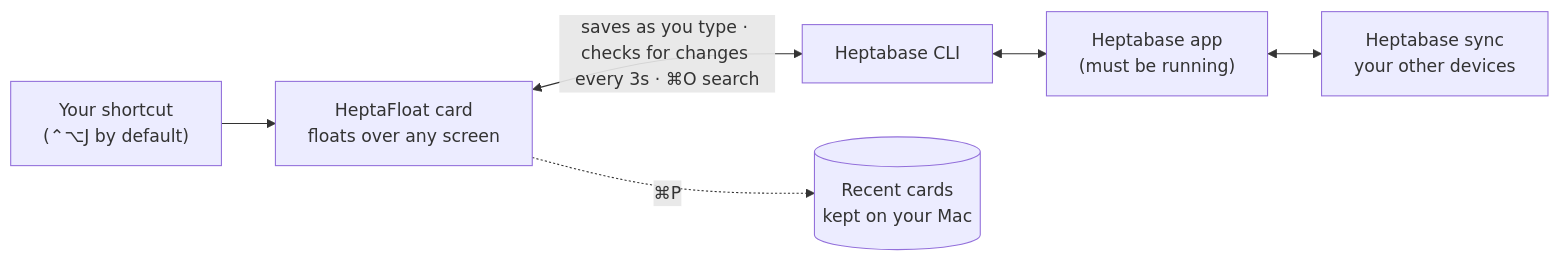
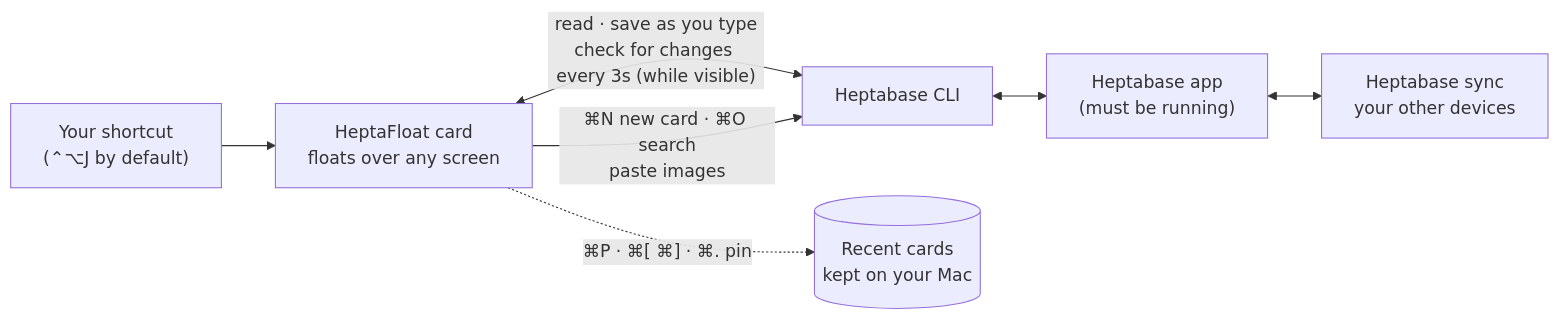
The diagram in README.md (fred1357944/heptafloat), drawn with Mermaid before and after one commit. The commit also changed other lines of this file and 2 other files, not shown here.

````diff
--- a/README.md
+++ b/README.md
@@ -123,8 +124,9 @@
 ```mermaid
 flowchart LR
   K["Your shortcut<br/>(⌃⌥J by default)"] --> C["HeptaFloat card<br/>floats over any screen"]
-  C <-->|"saves as you type · checks for changes every 3s · ⌘O search"| CLI["Heptabase CLI"]
+  C <-->|"read · save as you type<br/>check for changes every 3s (while visible)"| CLI["Heptabase CLI"]
+  C -->|"⌘N new card · ⌘O search<br/>paste images"| CLI
   CLI <--> H["Heptabase app<br/>(must be running)"]
   H <--> S["Heptabase sync<br/>your other devices"]
-  C -.->|"⌘P"| R[("Recent cards<br/>kept on your Mac")]
+  C -.->|"⌘P · ⌘[ ⌘] · ⌘. pin"| R[("Recent cards<br/>kept on your Mac")]
 ```
````
